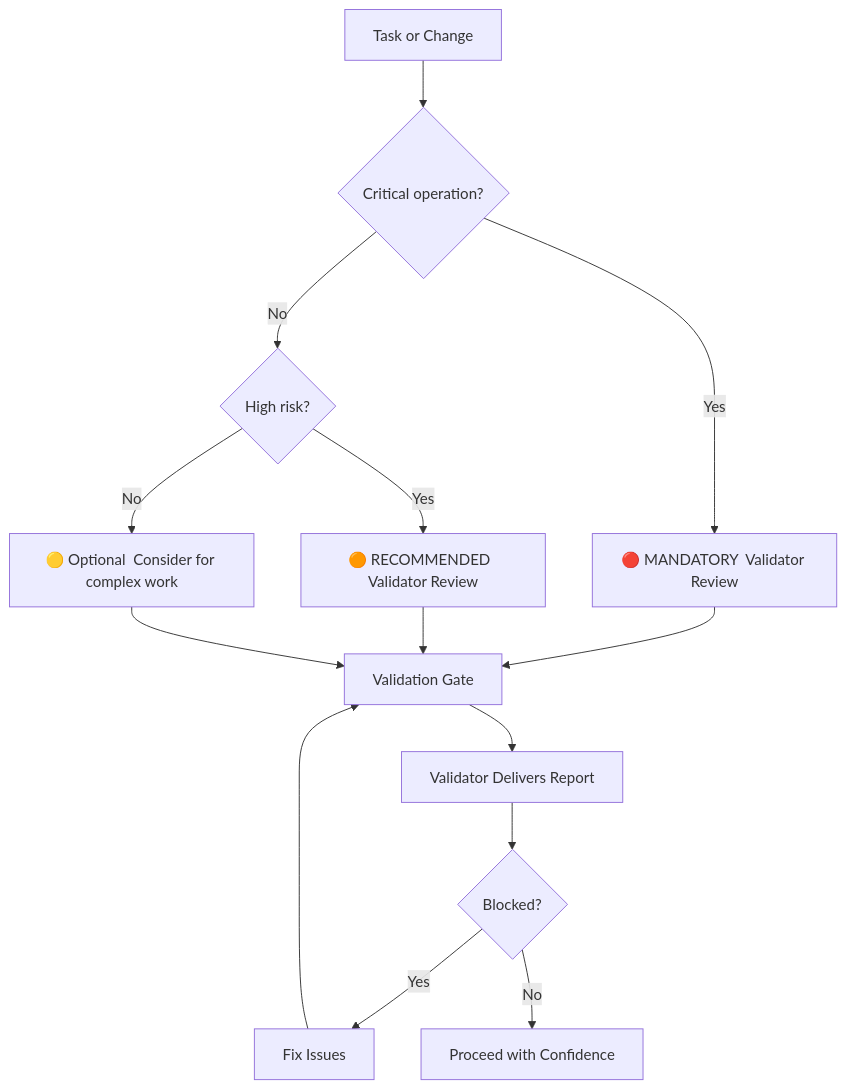
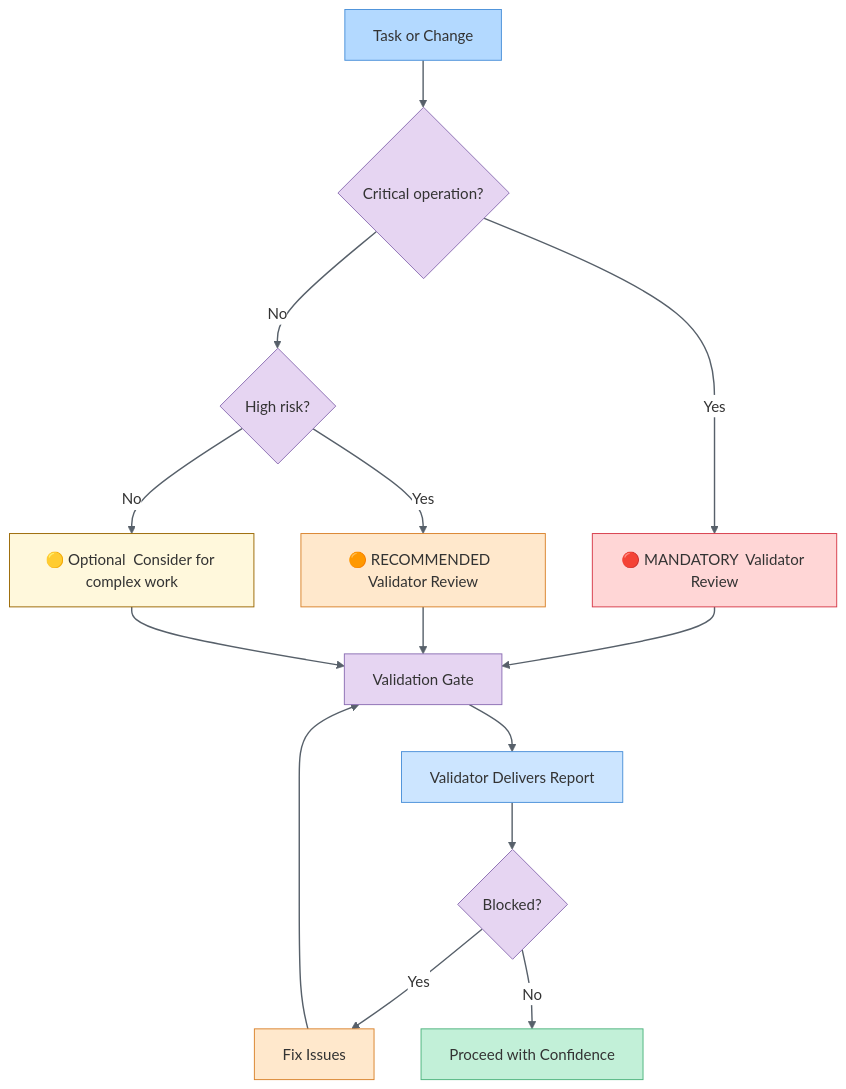
Before and after one commit to fabioc-aloha/Alex_Plug_In: the second of 2 diagrams in .github/instructions/adversarial-oversight.instructions.md, drawn with Mermaid. The commit also changed other lines of this file, not shown here.

Commit message:
style: apply Fishbowl Pastel palette to adversarial-oversight diagrams
- Builder→Validator→Merge workflow now TD (top-down) instead of LR
- Quick Reference decision tree with color-coded severity levels
- Validator (lavender), Block (red), Approve (green), decisions (lavender)
- Consistent theme initialization and link styling
- Both diagrams follow markdown-mermaid skill guidelines

````diff
--- a/.github/instructions/adversarial-oversight.instructions.md
+++ b/.github/instructions/adversarial-oversight.instructions.md
@@ -271,18 +282,33 @@
 ```mermaid
+%%{init: {'theme': 'base', 'themeVariables': { 'primaryColor': '#cce5ff', 'primaryTextColor': '#333', 'lineColor': '#666', 'edgeLabelBackground': '#fff'}}}%%
 flowchart TD
     TASK["Task or Change"] --> CRITICAL{"Critical operation?"}
     CRITICAL -->|Yes| MANDATORY["🔴 MANDATORY  Validator Review"]
     CRITICAL -->|No| HIGH{"High risk?"}
     HIGH -->|Yes| RECOMMENDED["🟠 RECOMMENDED  Validator Review"]
     HIGH -->|No| OPTIONAL["🟡 Optional  Consider for complex work"]
     
     MANDATORY --> REVIEW["Validation Gate"]
     RECOMMENDED --> REVIEW
     OPTIONAL --> REVIEW
     
     REVIEW --> REPORT["Validator Delivers Report"]
     REPORT --> BLOCKED{"Blocked?"}
     BLOCKED -->|Yes| FIX["Fix Issues"]
     BLOCKED -->|No| PROCEED["Proceed with Confidence"]
     FIX --> REVIEW
+    
+    style TASK fill:#b3d9ff,stroke:#4a90d9,color:#333
+    style CRITICAL fill:#e6d5f2,stroke:#8b6eb3,color:#333
+    style HIGH fill:#e6d5f2,stroke:#8b6eb3,color:#333
+    style MANDATORY fill:#ffd6d6,stroke:#d73a49,color:#333
+    style RECOMMENDED fill:#ffe8cc,stroke:#d9822b,color:#333
+    style OPTIONAL fill:#fff8dc,stroke:#9a6700,color:#333
+    style REVIEW fill:#e6d5f2,stroke:#8b6eb3,color:#333
+    style REPORT fill:#cce5ff,stroke:#4a90d9,color:#333
+    style BLOCKED fill:#e6d5f2,stroke:#8b6eb3,color:#333
+    style FIX fill:#ffe8cc,stroke:#d9822b,color:#333
+    style PROCEED fill:#c2f0d8,stroke:#4db37d,color:#333
+    
+    linkStyle default stroke:#57606a,stroke-width:1.5px
 ```
````
